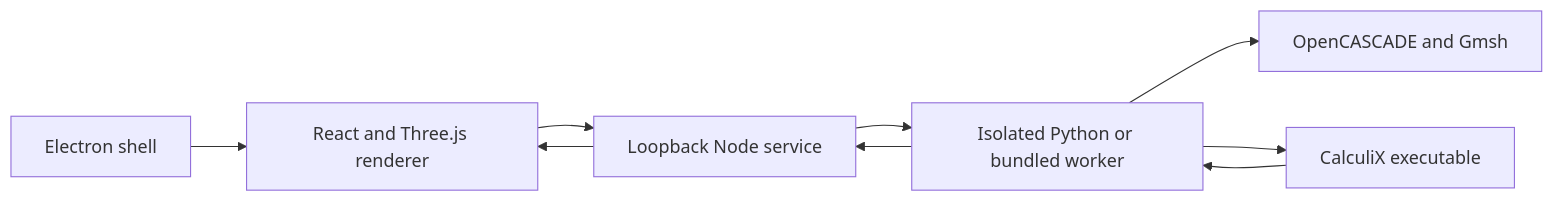
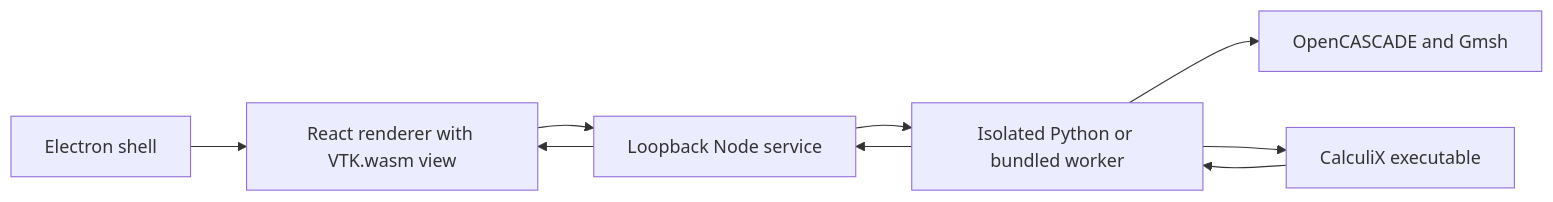
Before and after one commit to kylebme/sprung-fea: the diagram in IMPLEMENTATION.md, drawn with Mermaid. The commit also changed other lines of this file and 61 other files, not shown here.

First line of the commit message:
Replace the Three.js viewer with VTK.wasm and add result filters

````diff
--- a/IMPLEMENTATION.md
+++ b/IMPLEMENTATION.md
@@ -27,11 +27,11 @@
 ```mermaid
 flowchart LR
-    Shell[Electron shell] --> UI[React and Three.js renderer]
+    Shell[Electron shell] --> UI[React renderer with VTK.wasm view]
     UI --> Service[Loopback Node service]
     Service --> Worker[Isolated Python or bundled worker]
     Worker --> CAD[OpenCASCADE and Gmsh]
     Worker --> Solver[CalculiX executable]
     Solver --> Worker
     Worker --> Service
     Service --> UI
 ```
````
